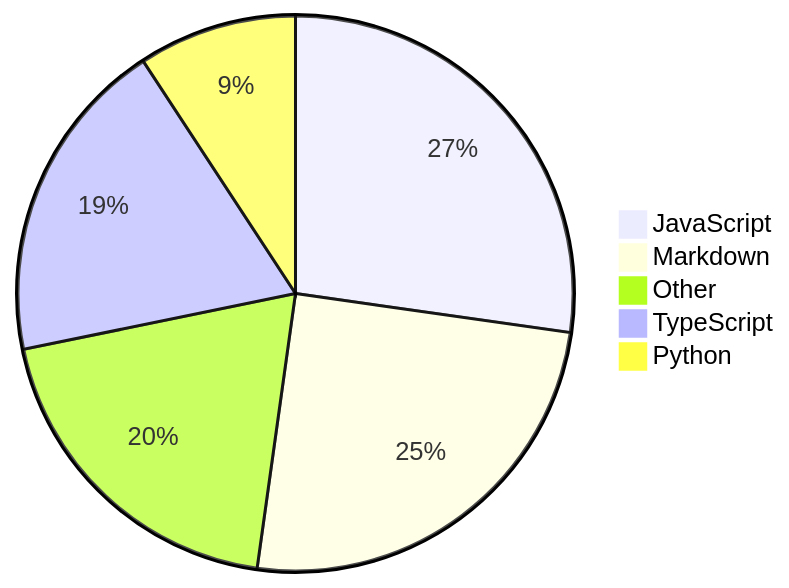
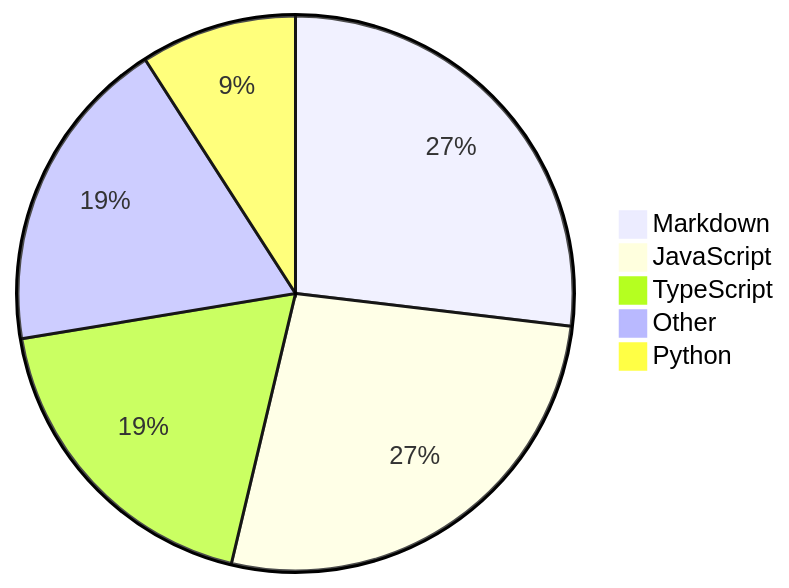
One commit to Alicia111/alicia111 changed the diagram in README.md. Above: the diagram before and after it, drawn with Mermaid.

Commit message:
Update WakaTime stats (・ω・)b

````diff
--- a/README.md
+++ b/README.md
@@ -32,8 +32,8 @@
 ```mermaid
 pie
-    "JavaScript" : 21.28
-    "Markdown" : 19.49
-    "Other" : 15.28
-    "TypeScript" : 14.83
-    "Python" : 7.21
+    "Markdown" : 20.91
+    "JavaScript" : 20.86
+    "TypeScript" : 14.53
+    "Other" : 14.4
+    "Python" : 7.07
 ```
````
